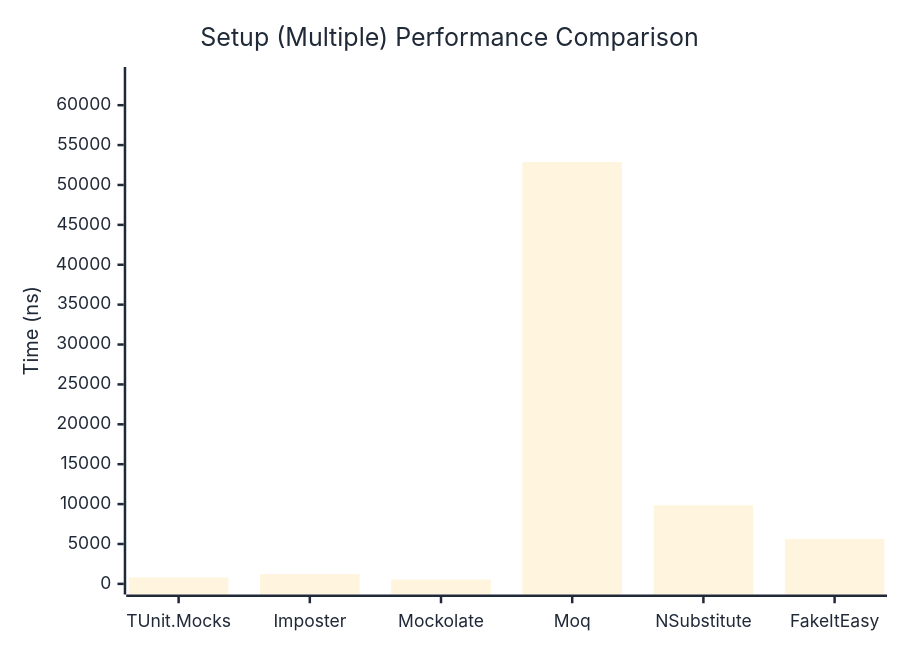
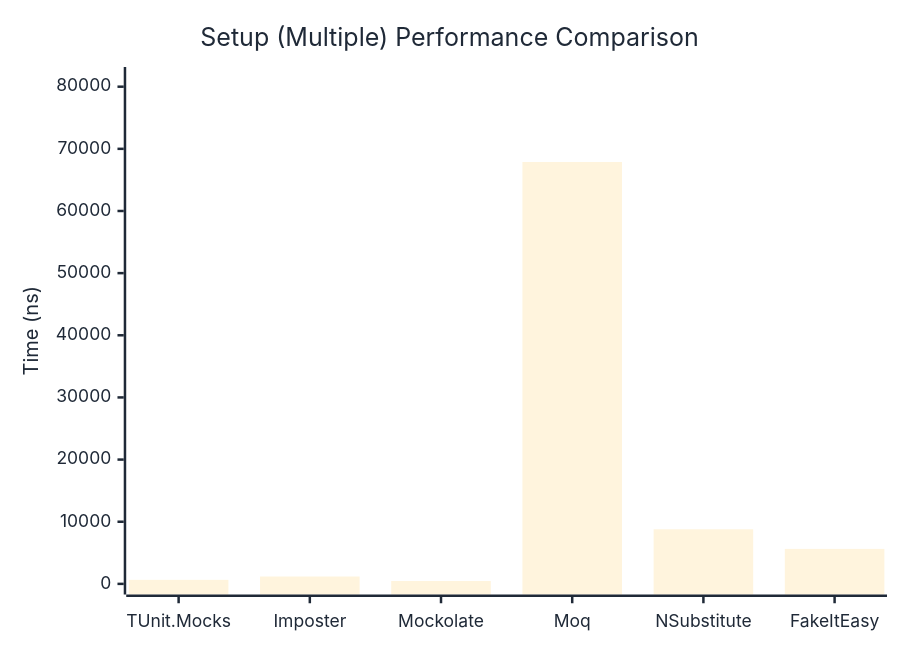
One commit to thomhurst/TUnit changed the second of 2 diagrams in docs/docs/benchmarks/mocks/Setup.md. Above: the diagram before and after it, drawn with Mermaid. The commit also changed other lines of this file and 14 other files, not shown here.

````diff
--- a/docs/docs/benchmarks/mocks/Setup.md
+++ b/docs/docs/benchmarks/mocks/Setup.md
@@ -71,27 +71,27 @@
 ```mermaid
 %%{init: {
   'theme':'base',
   'themeVariables': {
     'primaryColor': '#2563eb',
     'primaryTextColor': '#1f2937',
     'primaryBorderColor': '#1e40af',
     'lineColor': '#6b7280',
     'secondaryColor': '#7c3aed',
     'tertiaryColor': '#dc2626',
     'background': '#ffffff',
     'pie1': '#2563eb',
     'pie2': '#7c3aed',
     'pie3': '#dc2626',
     'pie4': '#f59e0b',
     'pie5': '#10b981',
     'pie6': '#06b6d4',
     'pie7': '#ec4899',
     'pie8': '#6366f1'
   }
 }}%%
 xychart-beta
   title "Setup (Multiple) Performance Comparison"
   x-axis ["TUnit.Mocks", "Imposter", "Mockolate", "Moq", "NSubstitute", "FakeItEasy"]
-  y-axis "Time (ns)" 0 --> 63456
-  bar [806.6, 1218.2, 543.2, 52879.2, 9839.9, 5638.6]
+  y-axis "Time (ns)" 0 --> 81458
+  bar [647.3, 1186.1, 463.1, 67881.4, 8786.9, 5627.4]
 ```
````
